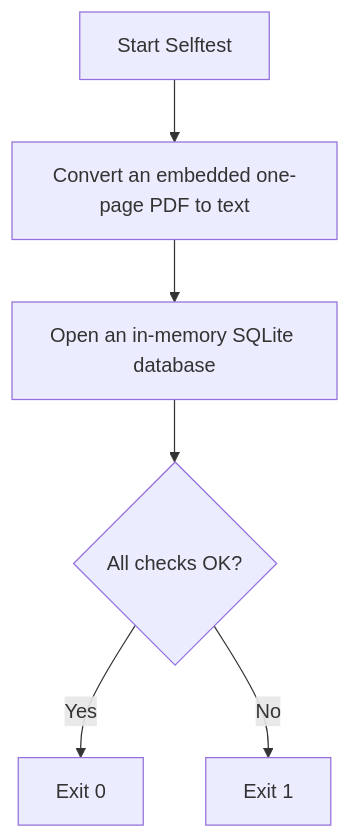
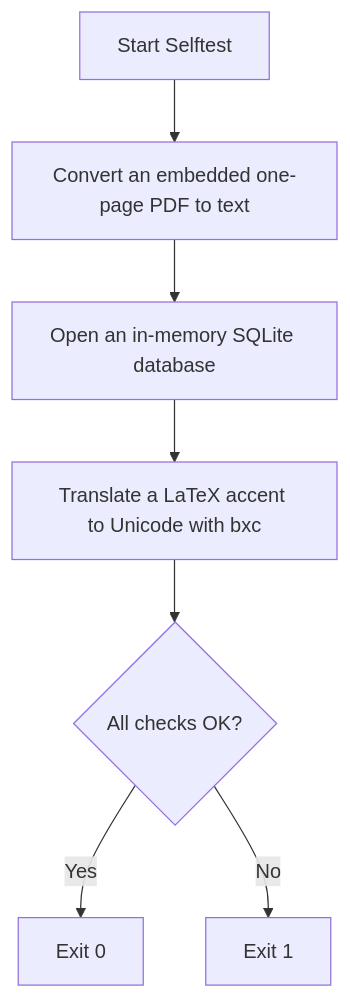
Before and after one commit to fchicout/zotero-cli: the diagram in docs/help_specs/system_selftest.md, drawn with Mermaid. The commit also changed other lines of this file and 10 other files, not shown here.

First line of the commit message:
feat(import): convert LaTeX escapes to Unicode on BibTeX import via bxc (Issue #531) (#533)

````diff
--- a/docs/help_specs/system_selftest.md
+++ b/docs/help_specs/system_selftest.md
@@ -8,8 +8,9 @@
 ```mermaid
 graph TD
     A["Start Selftest"] --> B["Convert an embedded one-page PDF to text"]
     B --> C["Open an in-memory SQLite database"]
-    C --> D{"All checks OK?"}
+    C --> C2["Translate a LaTeX accent to Unicode with bxc"]
+    C2 --> D{"All checks OK?"}
     D -- Yes --> E["Exit 0"]
     D -- No --> F["Exit 1"]
 ```
````
